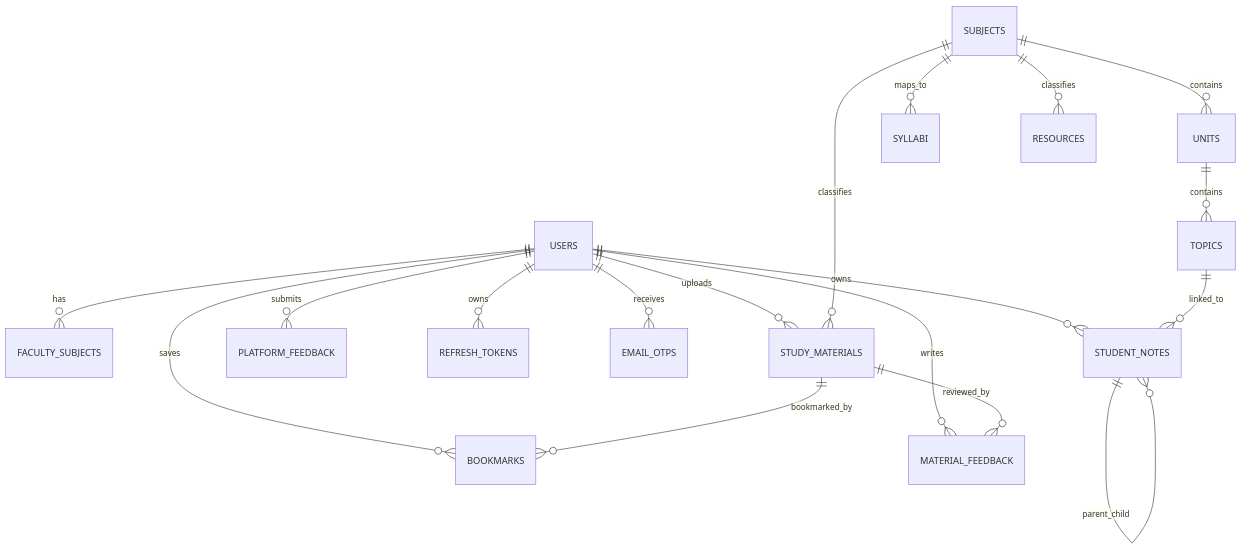
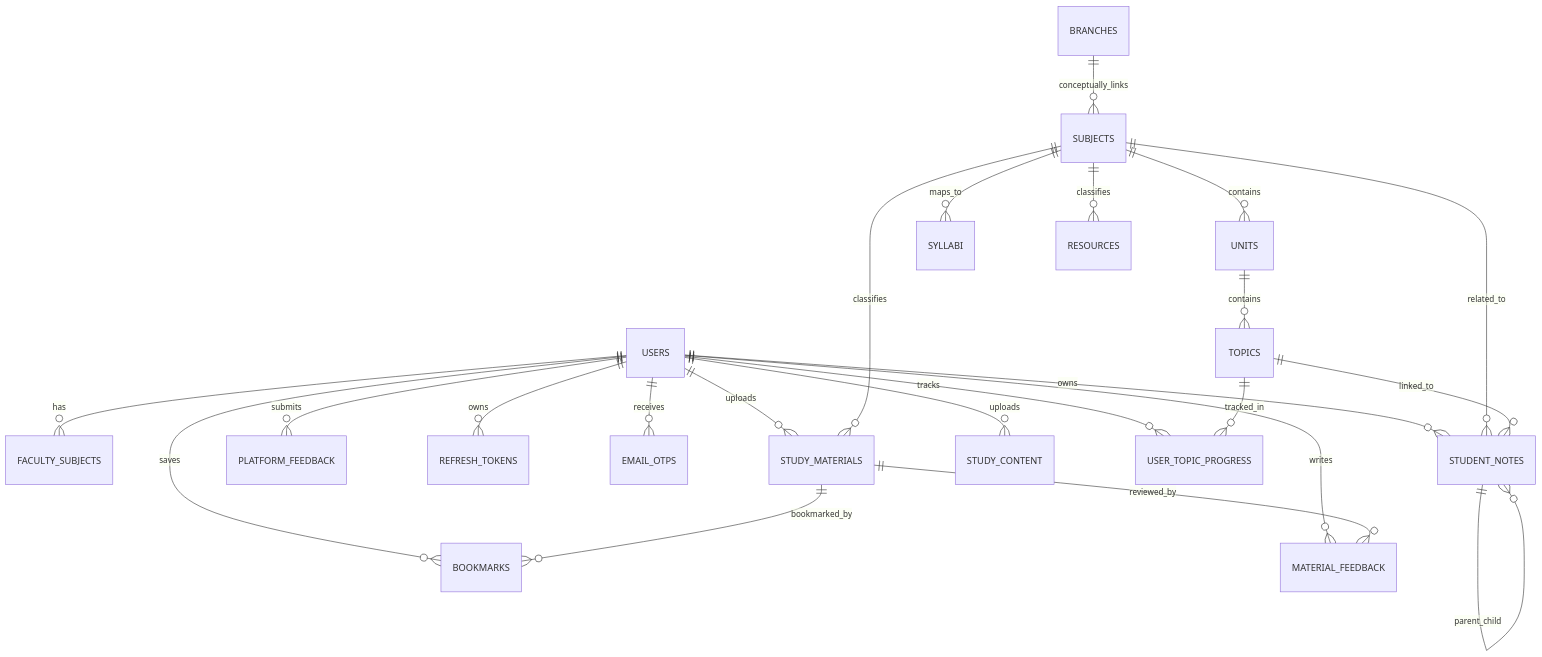
Before and after one commit to udayahire2/Sass: the diagram in docs/05-database-design.md, drawn with Mermaid. The commit also changed other lines of this file and 95 other files, not shown here.

````diff
--- a/docs/05-database-design.md
+++ b/docs/05-database-design.md
@@ -47,22 +51,28 @@
 ```mermaid
 erDiagram
     USERS ||--o{ FACULTY_SUBJECTS : has
     USERS ||--o{ STUDY_MATERIALS : uploads
     USERS ||--o{ BOOKMARKS : saves
     USERS ||--o{ MATERIAL_FEEDBACK : writes
     USERS ||--o{ PLATFORM_FEEDBACK : submits
     USERS ||--o{ REFRESH_TOKENS : owns
     USERS ||--o{ EMAIL_OTPS : receives
     USERS ||--o{ STUDENT_NOTES : owns
+    USERS ||--o{ STUDY_CONTENT : uploads
+    USERS ||--o{ USER_TOPIC_PROGRESS : tracks
 
     SUBJECTS ||--o{ UNITS : contains
     UNITS ||--o{ TOPICS : contains
     SUBJECTS ||--o{ SYLLABI : maps_to
     SUBJECTS ||--o{ RESOURCES : classifies
     SUBJECTS ||--o{ STUDY_MATERIALS : classifies
+    SUBJECTS ||--o{ STUDENT_NOTES : related_to
 
     STUDY_MATERIALS ||--o{ BOOKMARKS : bookmarked_by
     STUDY_MATERIALS ||--o{ MATERIAL_FEEDBACK : reviewed_by
     TOPICS ||--o{ STUDENT_NOTES : linked_to
+    TOPICS ||--o{ USER_TOPIC_PROGRESS : tracked_in
     STUDENT_NOTES ||--o{ STUDENT_NOTES : parent_child
+    
+    BRANCHES ||--o{ SUBJECTS : conceptually_links
 ```
````
